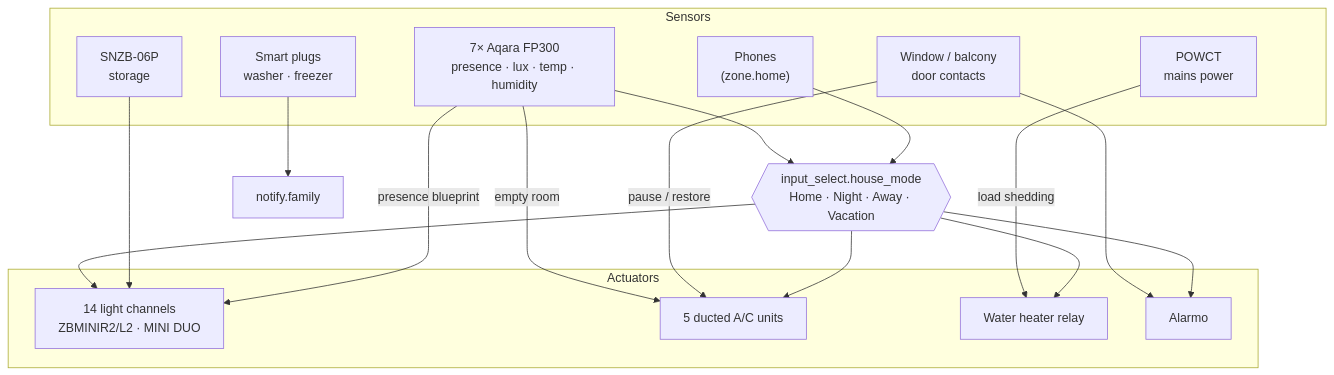
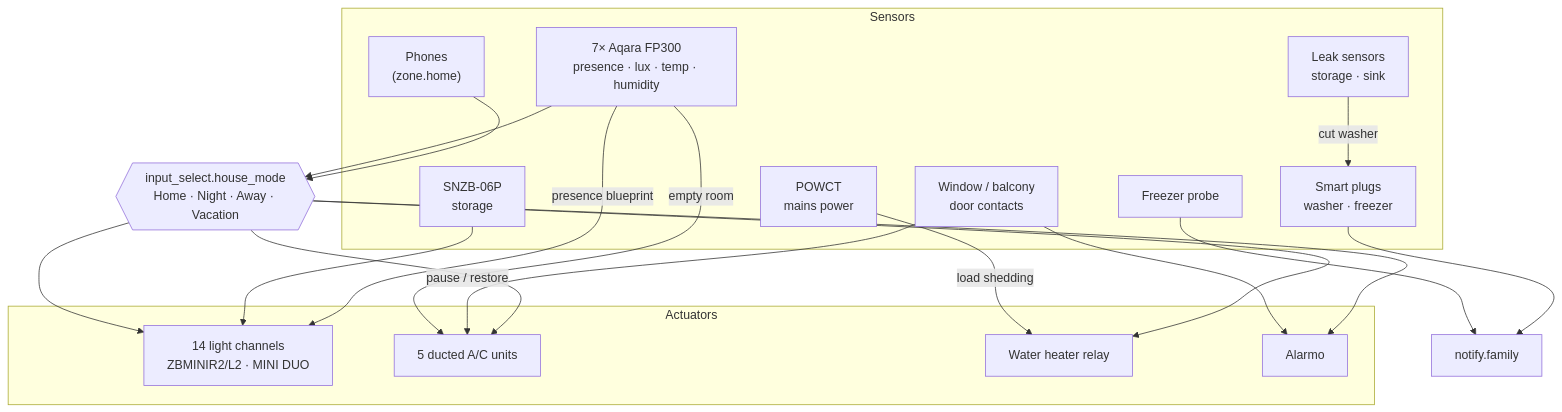
One commit to antkarag13/smart-apartment-ha changed the diagram in README.md. Above: the diagram before and after it, drawn with Mermaid. The commit also changed other lines of this file and 12 other files, not shown here.

First line of the commit message:
Add dashboard, floor plan, leak sensors, freezer probe, room temperature control and energy costs

````diff
--- a/README.md
+++ b/README.md
@@ -29,31 +37,35 @@
 ```mermaid
 flowchart TB
   subgraph Sensors
     FP["7× Aqara FP300<br/>presence · lux · temp · humidity"]
     SN["SNZB-06P<br/>storage"]
     WC["Window / balcony<br/>door contacts"]
     PCT["POWCT<br/>mains power"]
     PL["Smart plugs<br/>washer · freezer"]
+    LK["Leak sensors<br/>storage · sink"]
+    FZ["Freezer probe"]
     PH["Phones<br/>(zone.home)"]
   end
 
   MODE{{"input_select.house_mode<br/>Home · Night · Away · Vacation"}}
 
   subgraph Actuators
     REL["14 light channels<br/>ZBMINIR2/L2 · MINI DUO"]
     AC["5 ducted A/C units"]
     WH["Water heater relay"]
     AL["Alarmo"]
   end
 
   PH --> MODE
   FP --> MODE
   FP -- presence blueprint --> REL
   SN --> REL
   MODE --> REL & AC & WH & AL
   WC -- pause / restore --> AC
   WC --> AL
   FP -- empty room --> AC
   PCT -- load shedding --> WH
   PL --> N["notify.family"]
+  LK -- cut washer --> PL
+  FZ --> N
 ```
````
